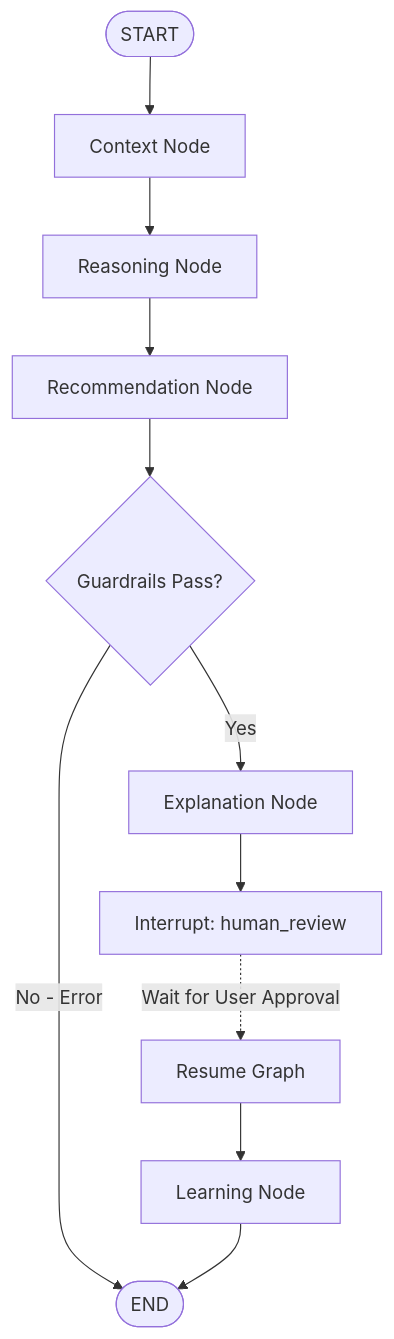
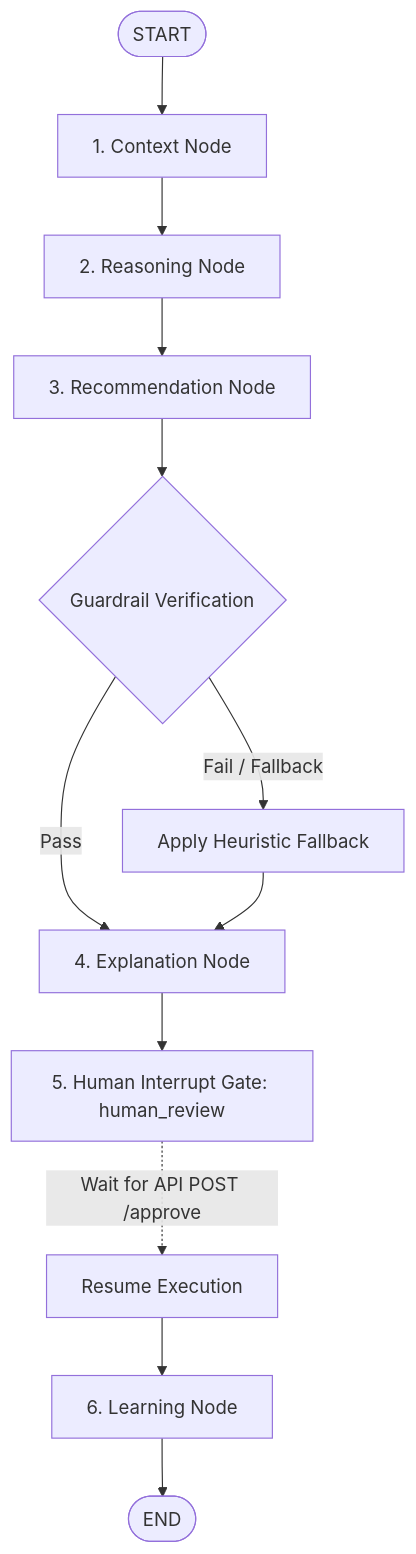
Before and after one commit to Akash-paluvai/XLVentures: the diagram in docs/planner.md, drawn with Mermaid. The commit also changed other lines of this file and 5 other files, not shown here.

Commit message:
docs: complete detailed document directory with architecture, planner, memory, agents, and deployment guides

````diff
--- a/docs/planner.md
+++ b/docs/planner.md
@@ -37,15 +31,16 @@
 ```mermaid
 graph TD
-    Start([START]) --> Context[Context Node]
-    Context --> Reasoning[Reasoning Node]
-    Reasoning --> Rec[Recommendation Node]
-    Rec --> Guardrails{Guardrails Pass?}
+    Start([START]) --> Context[1. Context Node]
+    Context --> Reasoning[2. Reasoning Node]
+    Reasoning --> Rec[3. Recommendation Node]
+    Rec --> Guardrails{Guardrail Verification}
 
-    Guardrails -->|No - Error| EndNode([END])
-    Guardrails -->|Yes| Explain[Explanation Node]
+    Guardrails -->|Pass| Explain[4. Explanation Node]
+    Guardrails -->|Fail / Fallback| FallbackNode[Apply Heuristic Fallback]
+    FallbackNode --> Explain
 
-    Explain --> Interrupt[Interrupt: human_review]
-    Interrupt -.->|Wait for User Approval| Resume[Resume Graph]
-    Resume --> Learning[Learning Node]
-    Learning --> EndNode
+    Explain --> Interrupt[5. Human Interrupt Gate: human_review]
+    Interrupt -.->|Wait for API POST /approve| Resume[Resume Execution]
+    Resume --> Learning[6. Learning Node]
+    Learning --> EndNode([END])
 ```
````
